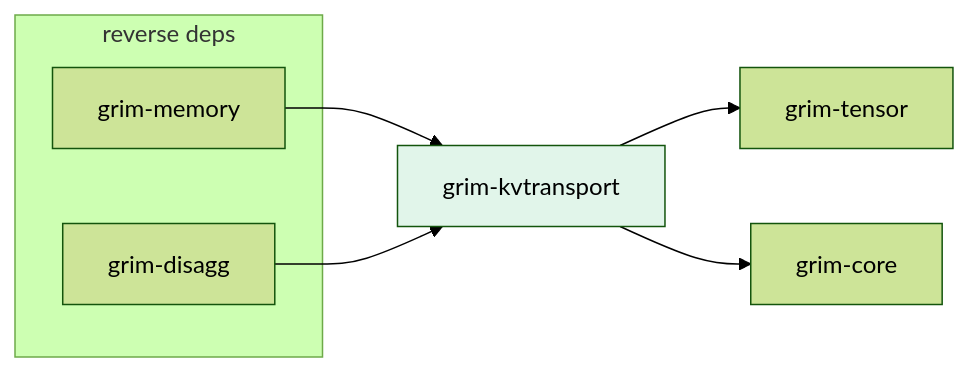
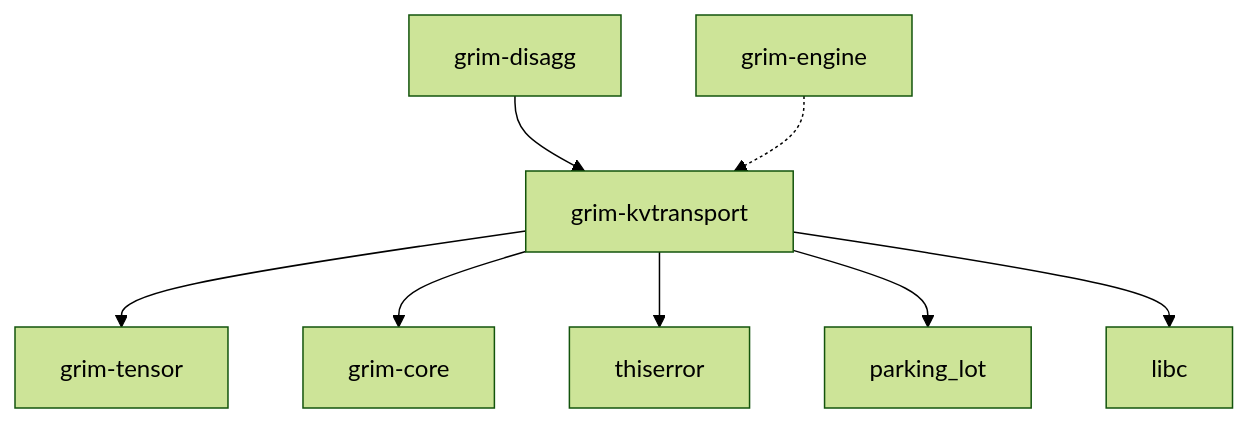
Before and after one commit to sydonayrex/grim: the diagram in crates/grim-kvtransport/README.md, drawn with Mermaid (forest theme). The commit also changed other lines of this file and 53 other files, not shown here.

````diff
--- a/crates/grim-kvtransport/README.md
+++ b/crates/grim-kvtransport/README.md
@@ -17,15 +12,11 @@
 ```mermaid
-graph LR
-    A[grim-kvtransport] --> B[grim-tensor]
-    A --> C[grim-core]
+graph TD
+    grim-disagg --> grim-kvtransport
+    grim-engine -.-> grim-kvtransport
 
-    subgraph "reverse deps"
-        D1[grim-memory]
-        D2[grim-disagg]
-    end
-
-    D1 --> A
-    D2 --> A
-
-    style A fill:#e1f5ea
+    grim-kvtransport --> grim-tensor
+    grim-kvtransport --> grim-core
+    grim-kvtransport --> thiserror
+    grim-kvtransport --> parking_lot
+    grim-kvtransport --> libc
 ```
````
